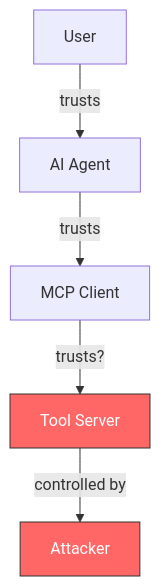
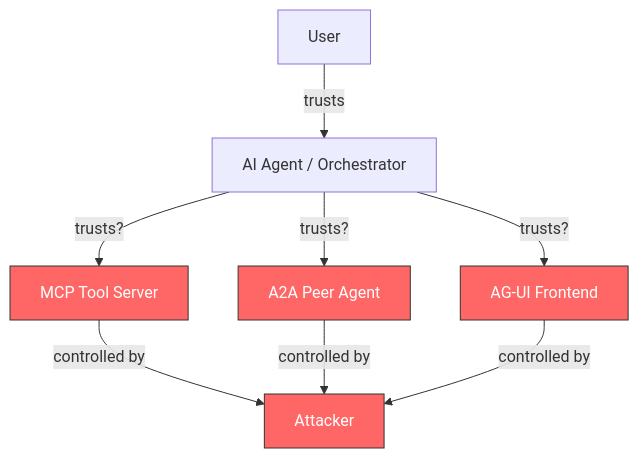
One commit to thoughtgate/thoughtjack changed the diagram in docs-site/docs/explanation/mcp-attack-surface.mdx. Above: the diagram before and after it, drawn with Mermaid. The commit also changed other lines of this file and 23 other files, not shown here.

First line of the commit message:
docs: update docs content to reflect OATF multi-protocol architecture

````diff
--- a/docs-site/docs/explanation/mcp-attack-surface.mdx
+++ b/docs-site/docs/explanation/mcp-attack-surface.mdx
@@ -90,10 +125,15 @@
 ```mermaid
 graph TD
-    User[User] -->|trusts| Agent[AI Agent]
-    Agent -->|trusts| MCP[MCP Client]
-    MCP -->|trusts?| Server[Tool Server]
-    Server -->|controlled by| Attacker[Attacker]
+    User[User] -->|trusts| Agent[AI Agent / Orchestrator]
+    Agent -->|trusts?| MCP[MCP Tool Server]
+    Agent -->|trusts?| A2A[A2A Peer Agent]
+    Agent -->|trusts?| AGUI[AG-UI Frontend]
+    MCP -->|controlled by| Attacker[Attacker]
+    A2A -->|controlled by| Attacker
+    AGUI -->|controlled by| Attacker
 
-    style Server fill:#f66,stroke:#333,color:#fff
+    style MCP fill:#f66,stroke:#333,color:#fff
+    style A2A fill:#f66,stroke:#333,color:#fff
+    style AGUI fill:#f66,stroke:#333,color:#fff
     style Attacker fill:#f66,stroke:#333,color:#fff
 ```
````
